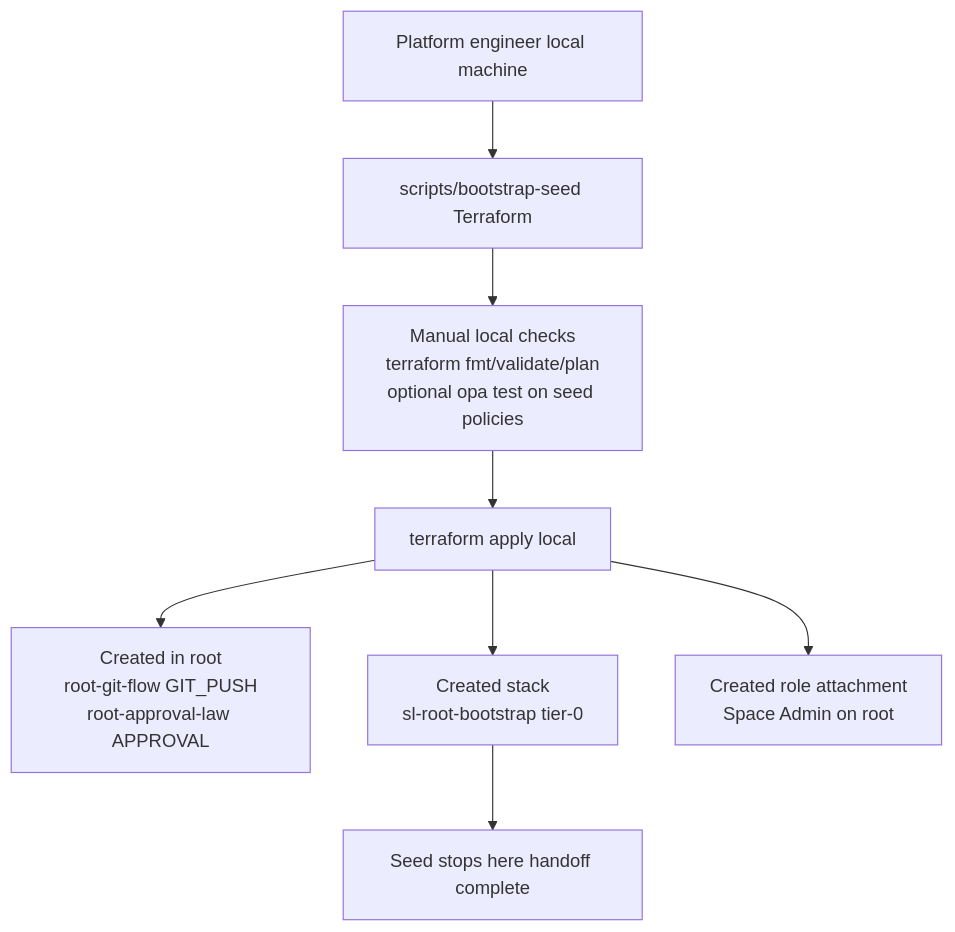
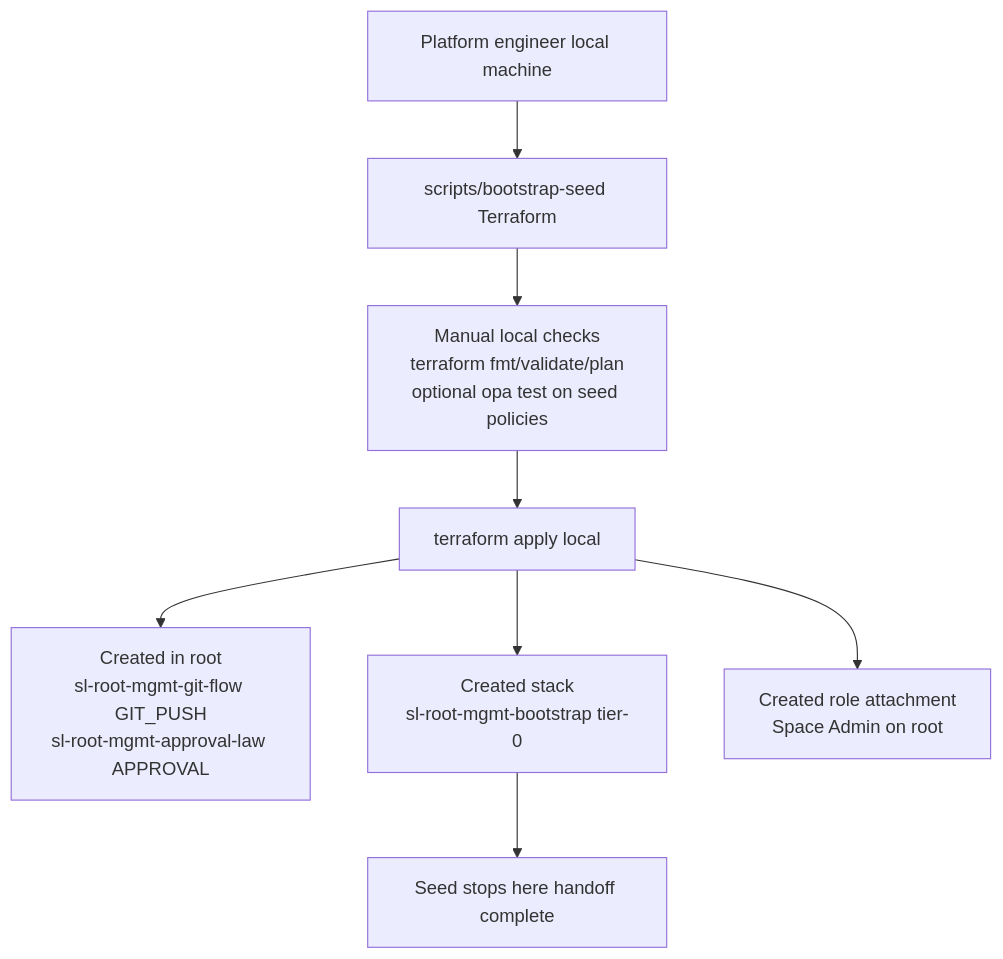
One commit to MNohava1987/sl-root-bootstrap changed the first of 3 diagrams in docs/architecture.md. Above: the diagram before and after it, drawn with Mermaid. The commit also changed other lines of this file and 26 other files, not shown here.

````diff
--- a/docs/architecture.md
+++ b/docs/architecture.md
@@ -9,20 +9,20 @@
 ```mermaid
 flowchart TD
     Operator[Platform engineer local machine]
     SeedCode[scripts/bootstrap-seed Terraform]
     LocalChecks[Manual local checks\nterraform fmt/validate/plan\noptional opa test on seed policies]
     Apply[terraform apply local]
     Stop[Seed stops here handoff complete]
 
-    RootPolicies[Created in root\nroot-git-flow GIT_PUSH\nroot-approval-law APPROVAL]
-    RootStack[Created stack\nsl-root-bootstrap tier-0]
+    RootPolicies[Created in root\nsl-root-mgmt-git-flow GIT_PUSH\nsl-root-mgmt-approval-law APPROVAL]
+    RootStack[Created stack\nsl-root-mgmt-bootstrap tier-0]
     RootRole[Created role attachment\nSpace Admin on root]
 
     Operator --> SeedCode
     SeedCode --> LocalChecks
     LocalChecks --> Apply
     Apply --> RootPolicies
     Apply --> RootStack
     Apply --> RootRole
     RootStack --> Stop
 ```
````
